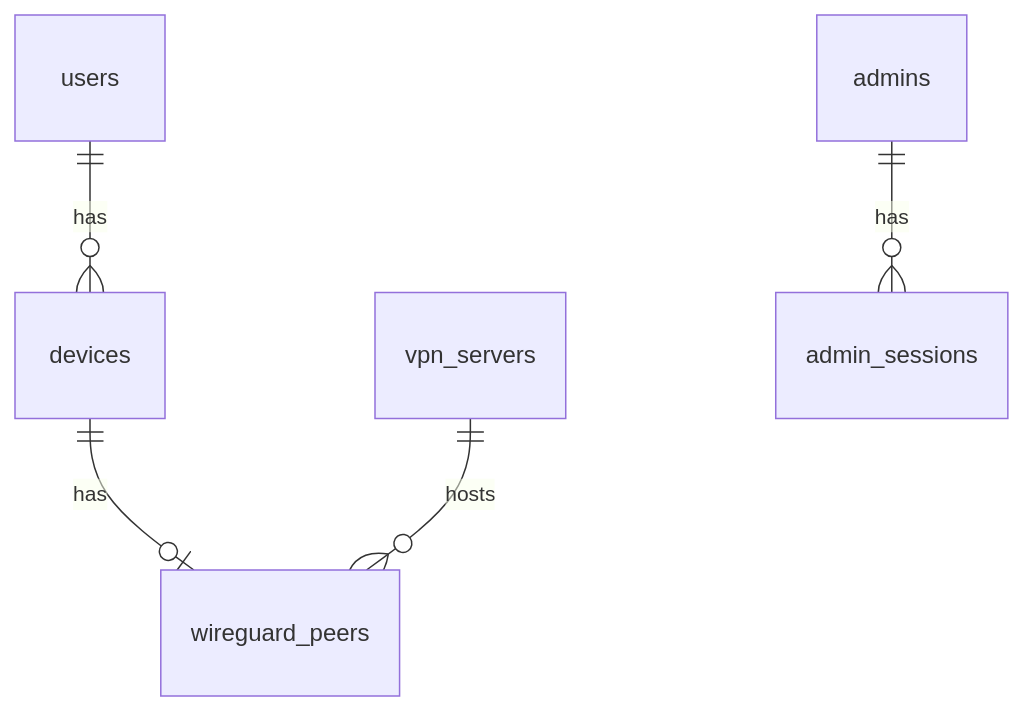
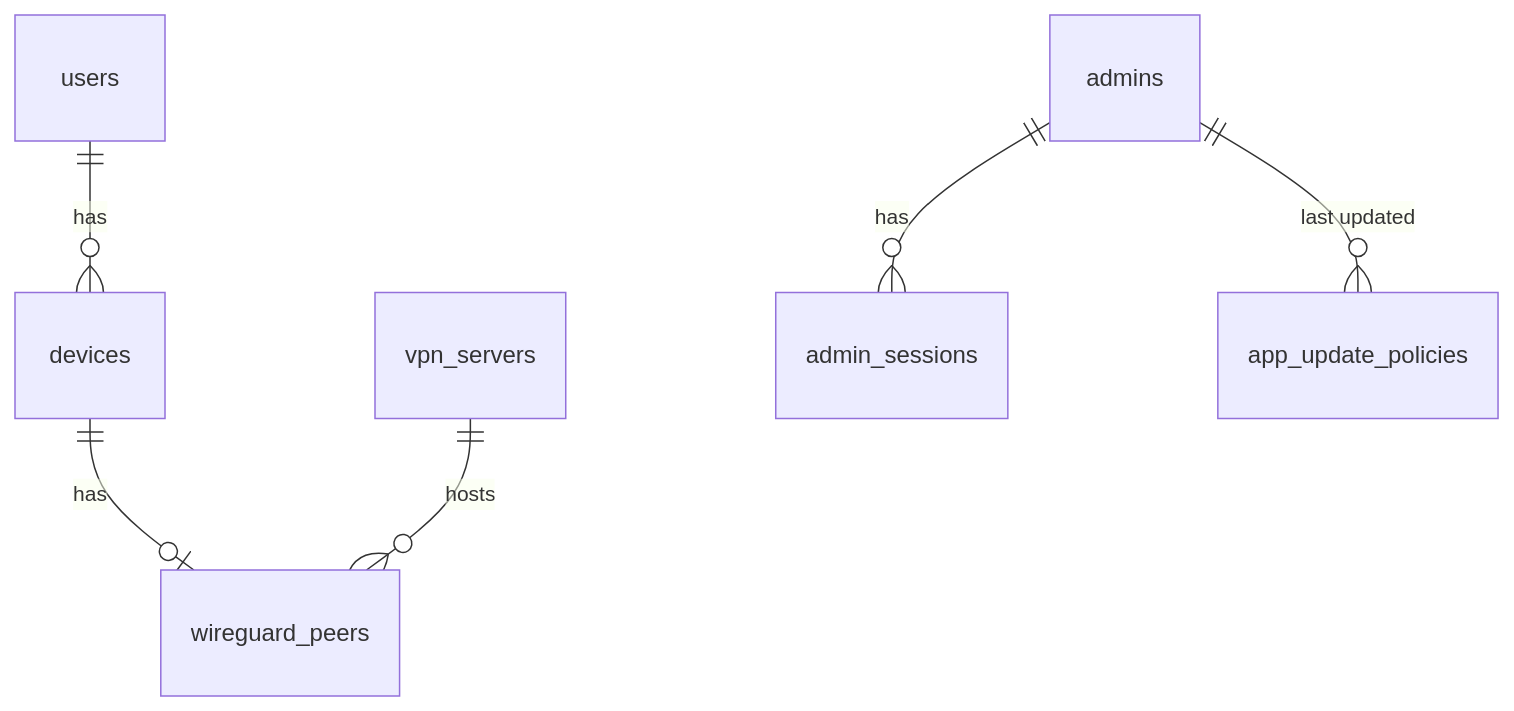
Before and after one commit to TomasPetrik/vpn: the diagram in docs/database.md, drawn with Mermaid. The commit also changed other lines of this file and 14 other files, not shown here.

````diff
--- a/docs/database.md
+++ b/docs/database.md
@@ -21,7 +21,8 @@
 ```mermaid
 erDiagram
   users ||--o{ devices : has
   devices ||--o| wireguard_peers : has
   vpn_servers ||--o{ wireguard_peers : hosts
   admins ||--o{ admin_sessions : has
+  admins ||--o{ app_update_policies : "last updated"
 ```
````
